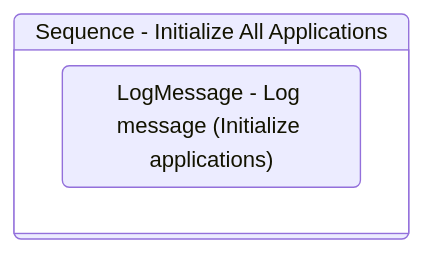
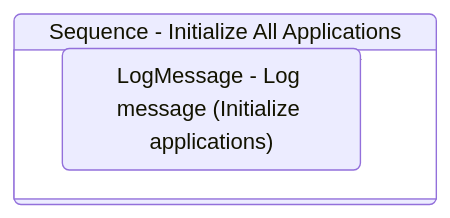
The diagram in Documentation/.templates/Performers/REFramework/Framework/InitAllApplications.md (yashbrahmbhatt/LazyFramework), drawn with Mermaid before and after one commit. The commit also changed 83 other files, not shown here.

````diff
--- a/Documentation/.templates/Performers/REFramework/Framework/InitAllApplications.md
+++ b/Documentation/.templates/Performers/REFramework/Framework/InitAllApplications.md
@@ -67,10 +67,10 @@
 ```mermaid
 stateDiagram-v2
-
 
 Sequence_2: Sequence - Initialize All Applications
 state Sequence_2 {
 direction TB
 LogMessage_1 : LogMessage - Log message (Initialize applications)
 }
+LogMessage_1 --> Sequence_2
 ```
````
